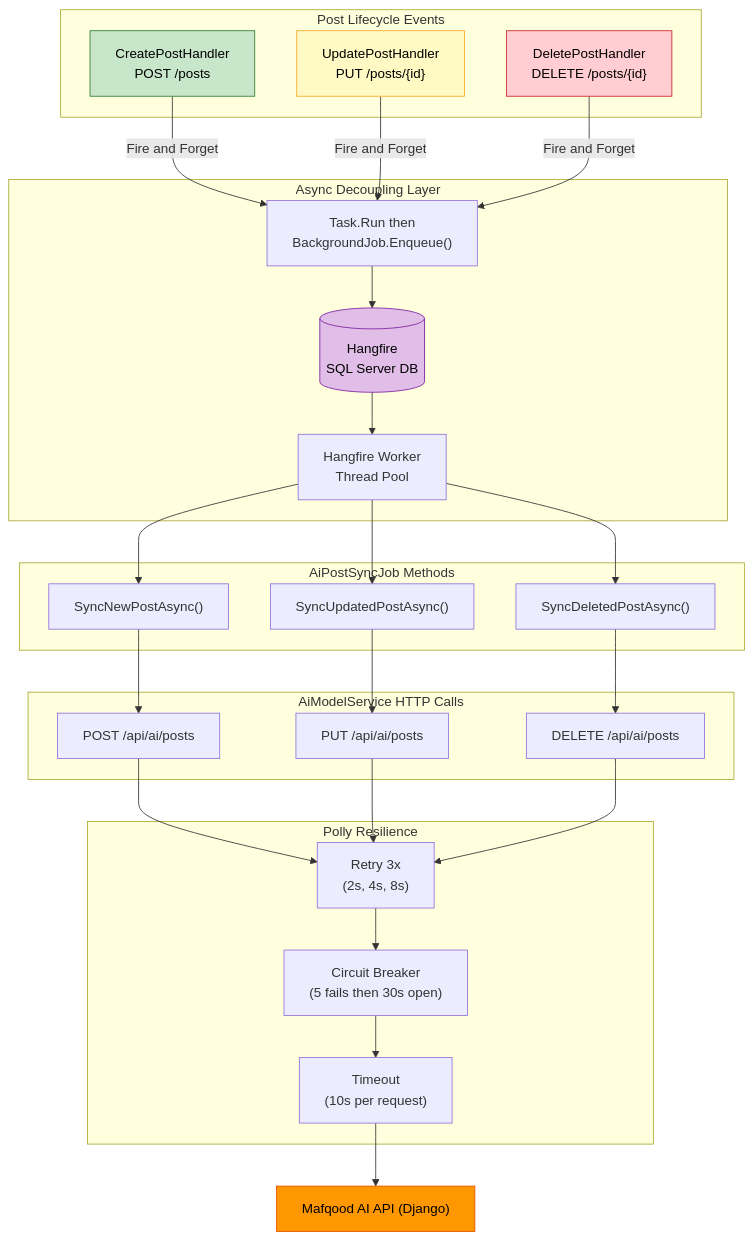
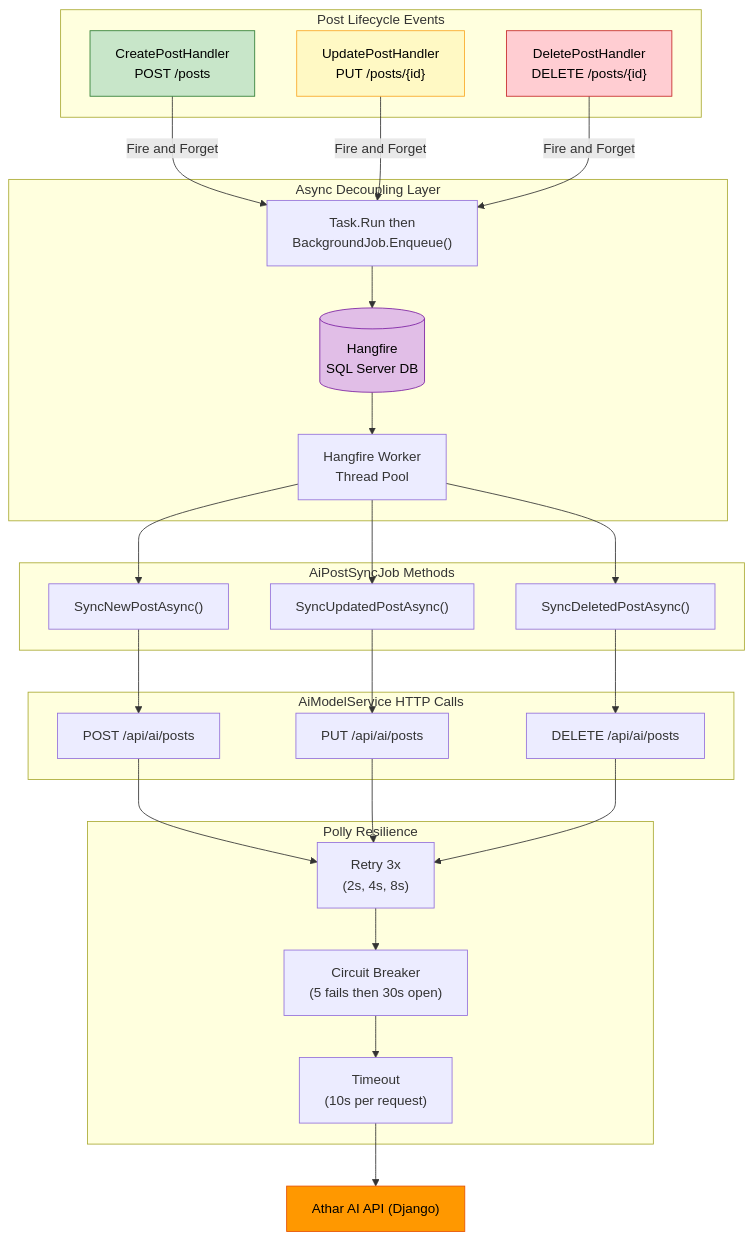
Before and after one commit to blackeagle686/mafqood-ai: the fifth of 9 diagrams in arch.md, drawn with Mermaid. The commit also changed other lines of this file, not shown here.

````diff
--- a/arch.md
+++ b/arch.md
@@ -477,61 +477,61 @@
 ```mermaid
 flowchart TD
     subgraph "Post Lifecycle Events"
         CREATE["CreatePostHandler<br/>POST /posts"]
         UPDATE["UpdatePostHandler<br/>PUT /posts/{id}"]
         DELETE["DeletePostHandler<br/>DELETE /posts/{id}"]
     end
 
     subgraph "Async Decoupling Layer"
         TASKRUN["Task.Run then<br/>BackgroundJob.Enqueue()"]
         HFDB[("Hangfire<br/>SQL Server DB")]
         HFWORKER["Hangfire Worker<br/>Thread Pool"]
     end
 
     subgraph "AiPostSyncJob Methods"
         SYNC_NEW["SyncNewPostAsync()"]
         SYNC_UPD["SyncUpdatedPostAsync()"]
         SYNC_DEL["SyncDeletedPostAsync()"]
     end
 
     subgraph "AiModelService HTTP Calls"
         HTTP_POST["POST /api/ai/posts"]
         HTTP_PUT["PUT /api/ai/posts"]
         HTTP_DEL["DELETE /api/ai/posts"]
     end
 
     subgraph "Polly Resilience"
         RETRY["Retry 3x<br/>(2s, 4s, 8s)"]
         CB["Circuit Breaker<br/>(5 fails then 30s open)"]
         TIMEOUT["Timeout<br/>(10s per request)"]
     end
 
-    AI_API["Mafqood AI API (Django)"]
+    AI_API["Athar AI API (Django)"]
 
     CREATE -->|"Fire and Forget"| TASKRUN
     UPDATE -->|"Fire and Forget"| TASKRUN
     DELETE -->|"Fire and Forget"| TASKRUN
 
     TASKRUN --> HFDB
     HFDB --> HFWORKER
 
     HFWORKER --> SYNC_NEW
     HFWORKER --> SYNC_UPD
     HFWORKER --> SYNC_DEL
 
     SYNC_NEW --> HTTP_POST
     SYNC_UPD --> HTTP_PUT
     SYNC_DEL --> HTTP_DEL
 
     HTTP_POST --> RETRY
     HTTP_PUT --> RETRY
     HTTP_DEL --> RETRY
 
     RETRY --> CB --> TIMEOUT --> AI_API
 
     style CREATE fill:#c8e6c9,stroke:#2e7d32,color:#000
     style UPDATE fill:#fff9c4,stroke:#f9a825,color:#000
     style DELETE fill:#ffcdd2,stroke:#c62828,color:#000
     style HFDB fill:#e1bee7,stroke:#7b1fa2,color:#000
     style AI_API fill:#ff9800,stroke:#e65100,color:#000
 ```
````
